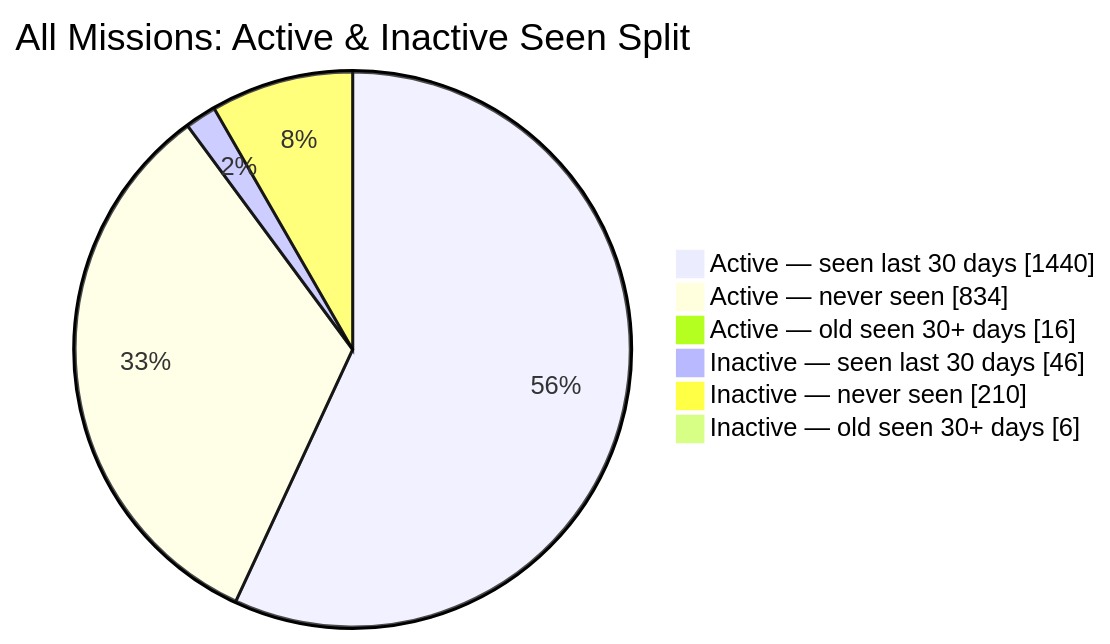
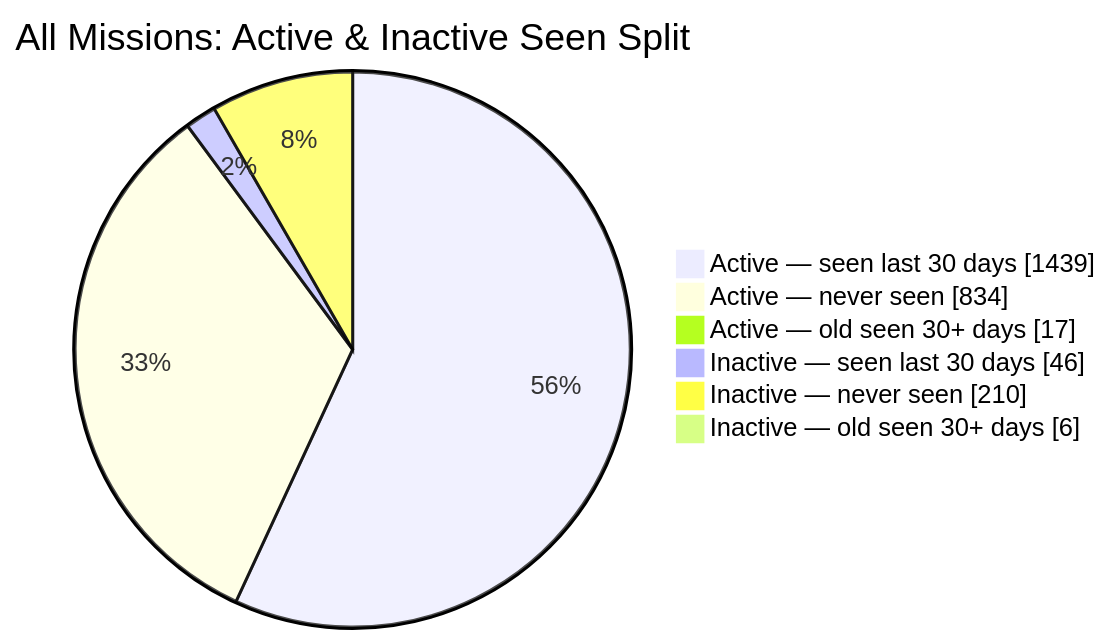
One commit to MeldkamerspelGameTeam/active-missions changed the second of 2 diagrams in README.md. Above: the diagram before and after it, drawn with Mermaid. The commit also changed other lines of this file and 2 other files, not shown here.

````diff
--- a/README.md
+++ b/README.md
@@ -44,10 +44,10 @@
 ```mermaid
 pie showData
     title All Missions: Active & Inactive Seen Split
-    "Active — seen last 30 days" : 1440
+    "Active — seen last 30 days" : 1439
     "Active — never seen" : 834
-    "Active — old seen 30+ days" : 16
+    "Active — old seen 30+ days" : 17
     "Inactive — seen last 30 days" : 46
     "Inactive — never seen" : 210
     "Inactive — old seen 30+ days" : 6
 ```
````
